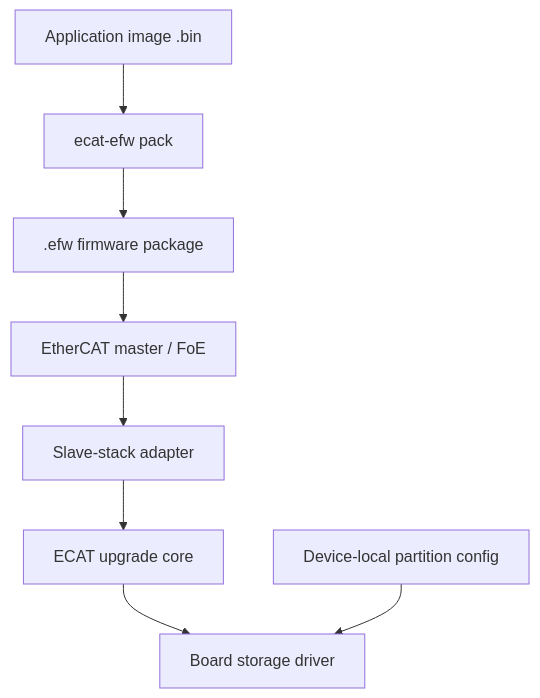
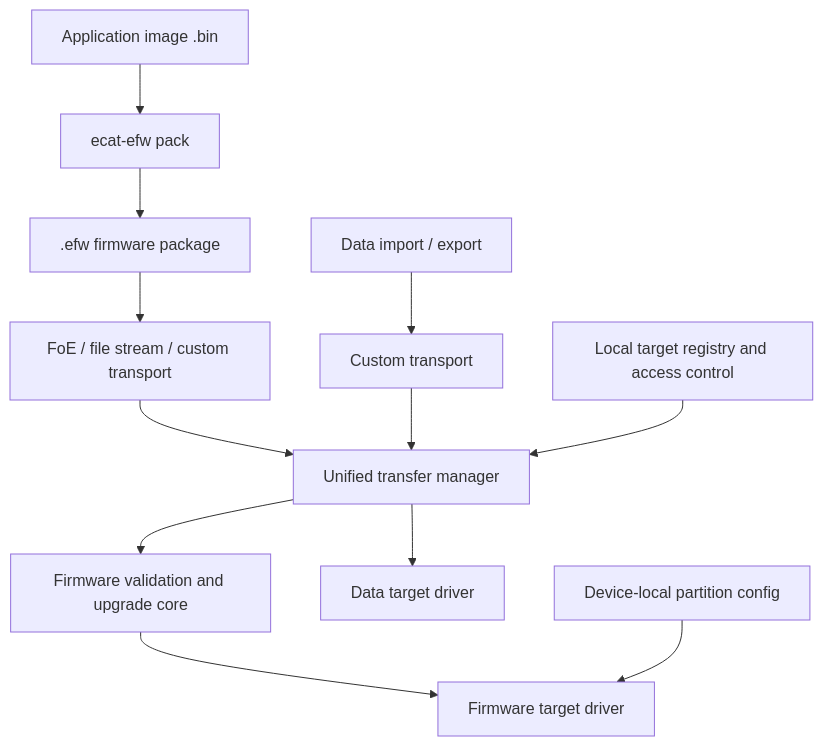
The diagram in README.en.md (LckAndLove/embed-ldr), drawn with Mermaid before and after one commit. The commit also changed other lines of this file and 2 other files, not shown here.

Commit message:
docs: 同步英文说明和移植指南 / update English README and porting guide

````diff
--- a/README.en.md
+++ b/README.en.md
@@ -24,10 +24,14 @@
 ```mermaid
 flowchart TD
     BIN["Application image .bin"] --> CLI["ecat-efw pack"]
     CLI --> EFW[".efw firmware package"]
-    EFW --> MASTER["EtherCAT master / FoE"]
-    MASTER --> STACK["Slave-stack adapter"]
-    STACK --> CORE["ECAT upgrade core"]
-    CORE --> DRIVER["Board storage driver"]
-    PARTITION["Device-local partition config"] --> DRIVER
+    EFW --> FOE["FoE / file stream / custom transport"]
+    DATA["Data import / export"] --> CHANNEL["Custom transport"]
+    FOE --> MANAGER["Unified transfer manager"]
+    CHANNEL --> MANAGER
+    REGISTRY["Local target registry and access control"] --> MANAGER
+    MANAGER --> CORE["Firmware validation and upgrade core"]
+    MANAGER --> DATA_DRIVER["Data target driver"]
+    CORE --> FW_DRIVER["Firmware target driver"]
+    PARTITION["Device-local partition config"] --> FW_DRIVER
 ```
````
